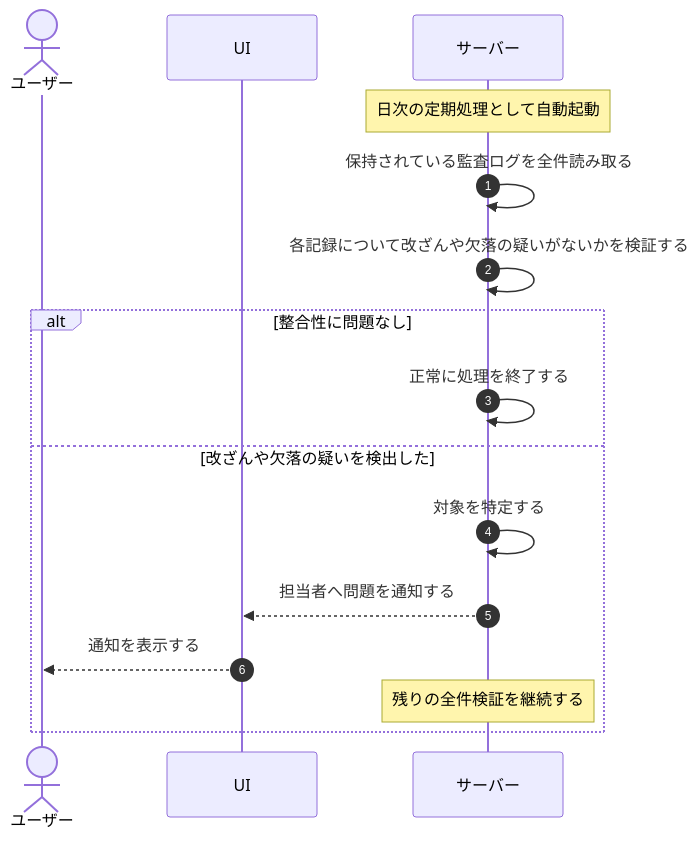
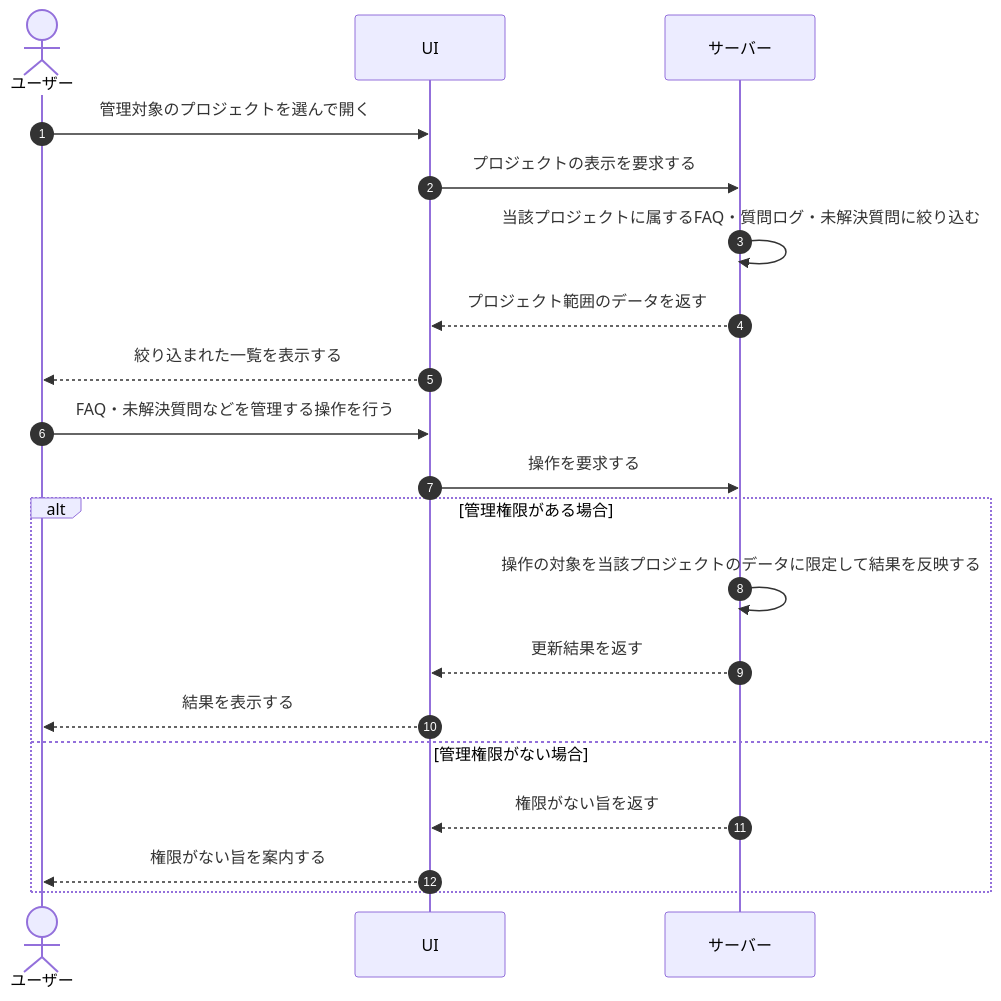
Before and after one commit to sikakou54/open-faq: the diagram in 01_requirements/04_business_usecases/UC-074.md, drawn with Mermaid. The commit also changed other lines of this file and 395 other files, not shown here.

````diff
--- a/01_requirements/04_business_usecases/UC-074.md
+++ b/01_requirements/04_business_usecases/UC-074.md
@@ -27,18 +27,22 @@
 ```mermaid
 sequenceDiagram
   autonumber
   actor U as ユーザー
   participant UI as UI
   participant S as サーバー
-  Note over S: 日次の定期処理として自動起動
-  S->>S: 保持されている監査ログを全件読み取る
-  S->>S: 各記録について改ざんや欠落の疑いがないかを検証する
-  alt 整合性に問題なし
-    S->>S: 正常に処理を終了する
-  else 改ざんや欠落の疑いを検出した
-    S->>S: 対象を特定する
-    S-->>UI: 担当者へ問題を通知する
-    UI-->>U: 通知を表示する
-    Note over S: 残りの全件検証を継続する
+  U->>UI: 管理対象のプロジェクトを選んで開く
+  UI->>S: プロジェクトの表示を要求する
+  S->>S: 当該プロジェクトに属するFAQ・質問ログ・未解決質問に絞り込む
+  S-->>UI: プロジェクト範囲のデータを返す
+  UI-->>U: 絞り込まれた一覧を表示する
+  U->>UI: FAQ・未解決質問などを管理する操作を行う
+  UI->>S: 操作を要求する
+  alt 管理権限がある場合
+    S->>S: 操作の対象を当該プロジェクトのデータに限定して結果を反映する
+    S-->>UI: 更新結果を返す
+    UI-->>U: 結果を表示する
+  else 管理権限がない場合
+    S-->>UI: 権限がない旨を返す
+    UI-->>U: 権限がない旨を案内する
   end
 ```
````
